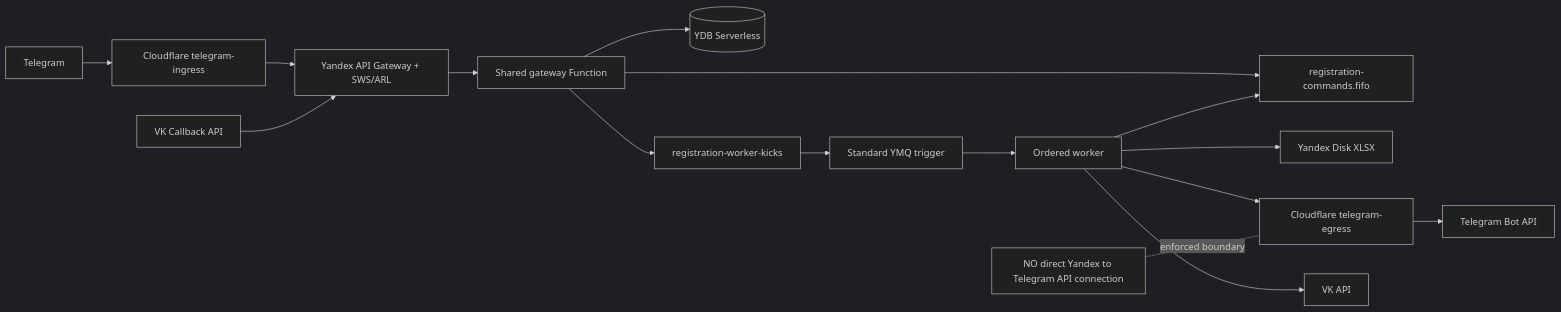
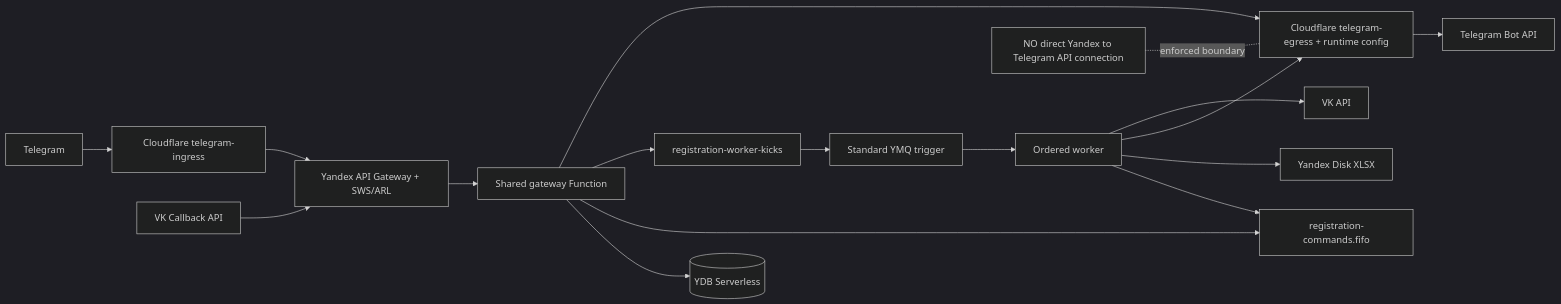
One commit to ProfessorLayton322/rolebot-hse changed the first of 4 diagrams in README.md. Above: the diagram before and after it, drawn with Mermaid (dark theme). The commit also changed other lines of this file and 25 other files, not shown here.

Commit message:
refactor: move runtime secrets to Cloudflare

````diff
--- a/README.md
+++ b/README.md
@@ -9,19 +9,20 @@
 ```mermaid
 flowchart LR
     TG[Telegram] --> CFI[Cloudflare telegram-ingress]
     CFI --> APIGW[Yandex API Gateway + SWS/ARL]
     VK[VK Callback API] --> APIGW
     APIGW --> GW[Shared gateway Function]
     GW --> YDB[(YDB Serverless)]
     GW --> FIFO[registration-commands.fifo]
     GW --> KICK[registration-worker-kicks]
     KICK --> TRIGGER[Standard YMQ trigger]
     TRIGGER --> WORKER[Ordered worker]
     WORKER --> FIFO
     WORKER --> DISK[Yandex Disk XLSX]
-    WORKER --> CFE[Cloudflare telegram-egress]
+    GW --> CFE[Cloudflare telegram-egress + runtime config]
+    WORKER --> CFE
     CFE --> TGAPI[Telegram Bot API]
     WORKER --> VKAPI[VK API]
 
     NO[NO direct Yandex to Telegram API connection] -. enforced boundary .- CFE
 ```
````
